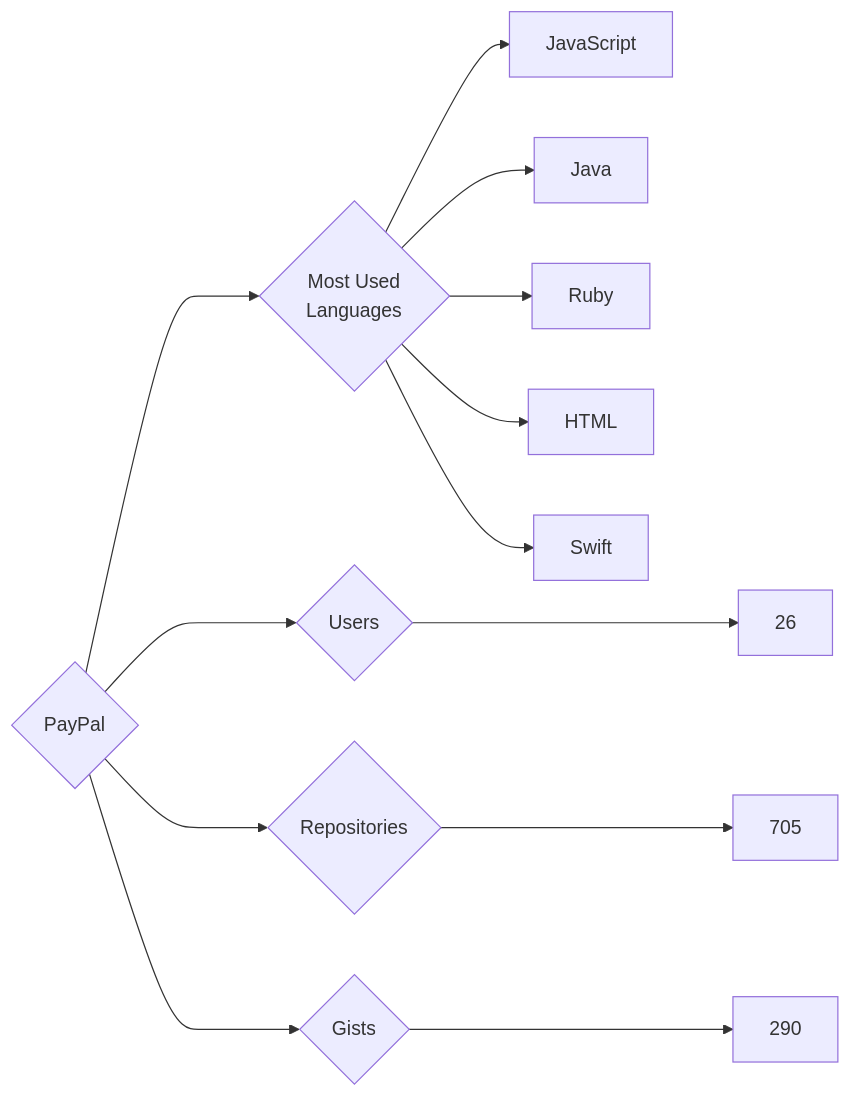
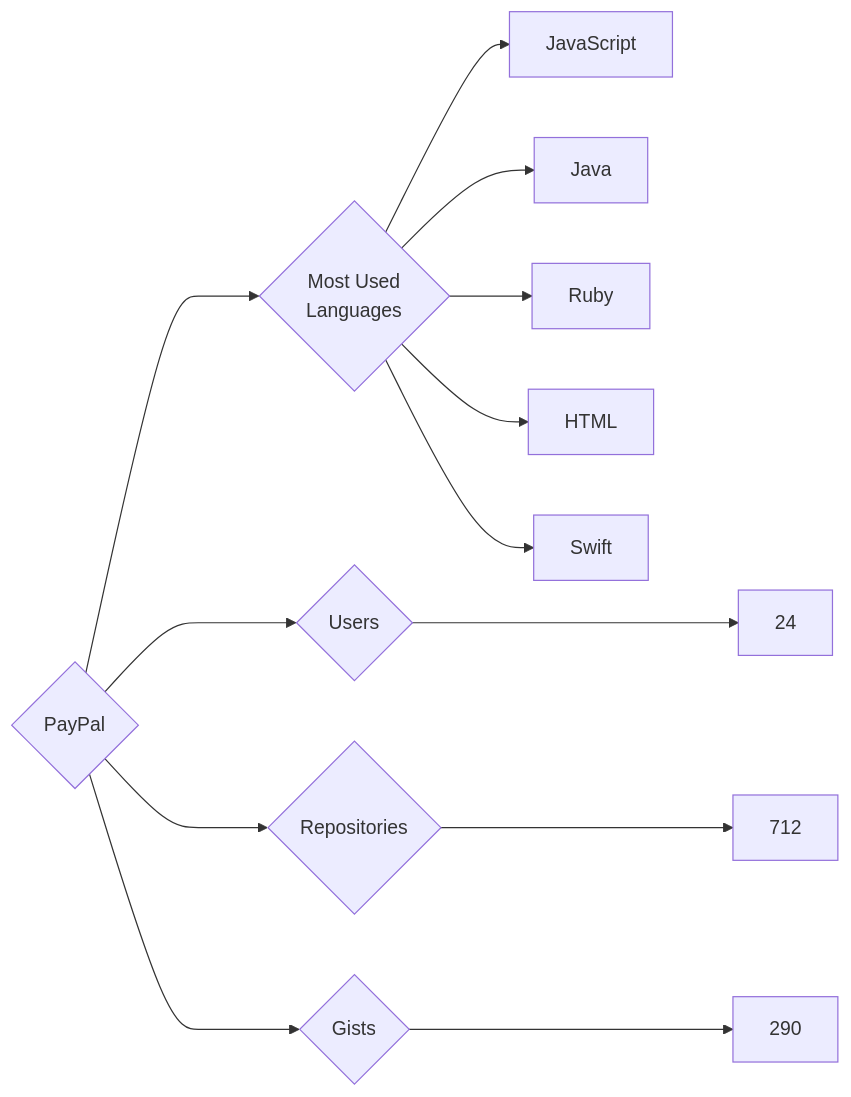
Before and after one commit to trickest/insiders: the diagram in targets/PayPal/README.md, drawn with Mermaid. The commit also changed 860 other files, not shown here.

````diff
--- a/targets/PayPal/README.md
+++ b/targets/PayPal/README.md
@@ -3,13 +3,13 @@
 ```mermaid
 graph LR
 COMPANY_NAME{PayPal}
-COMPANY_NAME ---> U{Users} ---> UN[26]
-COMPANY_NAME ---> R{Repositories} ---> RN[705]
+COMPANY_NAME ---> U{Users} ---> UN[24]
+COMPANY_NAME ---> R{Repositories} ---> RN[712]
 COMPANY_NAME ---> G{Gists} ---> GN[290]
 COMPANY_NAME ---> ML{Most Used<br>Languages}
 ML --> JavaScript[JavaScript]
 ML --> Java[Java]
 ML --> Ruby[Ruby]
 ML --> HTML[HTML]
 ML --> Swift[Swift]
 ```
````
